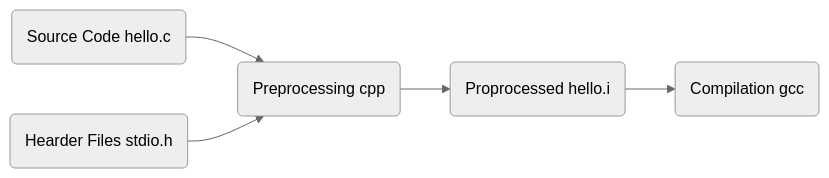
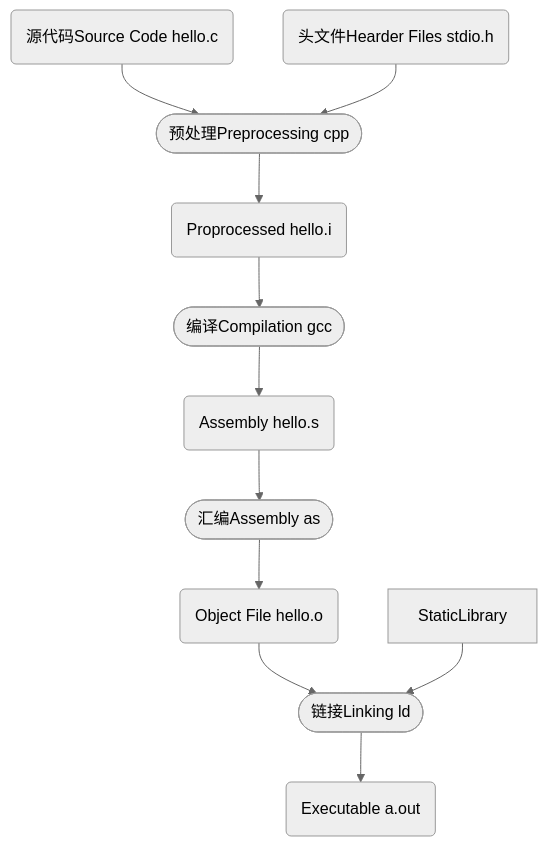
Before and after one commit to YuzikiRain/Learn: the diagram in Compile & Link/编译&链接.md, drawn with Mermaid (neutral theme). The commit also changed other lines of this file and 1 other file, not shown here.

````diff
--- a/Compile & Link/编译&链接.md
+++ b/Compile & Link/编译&链接.md
@@ -25,7 +3,13 @@
 ```mermaid
-graph LR
-SourceCode(Source Code hello.c)-->Preprocessing(Preprocessing cpp)
-HearderFiles(Hearder Files stdio.h)-->Preprocessing
-Preprocessing-->Proprocessed(Proprocessed hello.i)
-Proprocessed(Proprocessed hello.i)-->Compilation(Compilation gcc)
+graph TB
+SourceCode(源代码Source Code hello.c)-->Preprocessing([预处理Preprocessing cpp])
+HearderFiles(头文件Hearder Files stdio.h)-->Preprocessing
+Preprocessing-->Preprocessed(Preprocessed hello.i)
+Preprocessed(Proprocessed hello.i)-->Compilation([编译Compilation gcc])
+Compilation-->Assembly(Assembly hello.s)
+Assembly-->AssemblyAS([汇编Assembly as])
+AssemblyAS-->ObjectFile(Object File hello.o)
+ObjectFile-->Linking([链接Linking ld])
+StaticLibrary-->Linking
+Linking-->Executable("Executable a.out")
 ```
````
